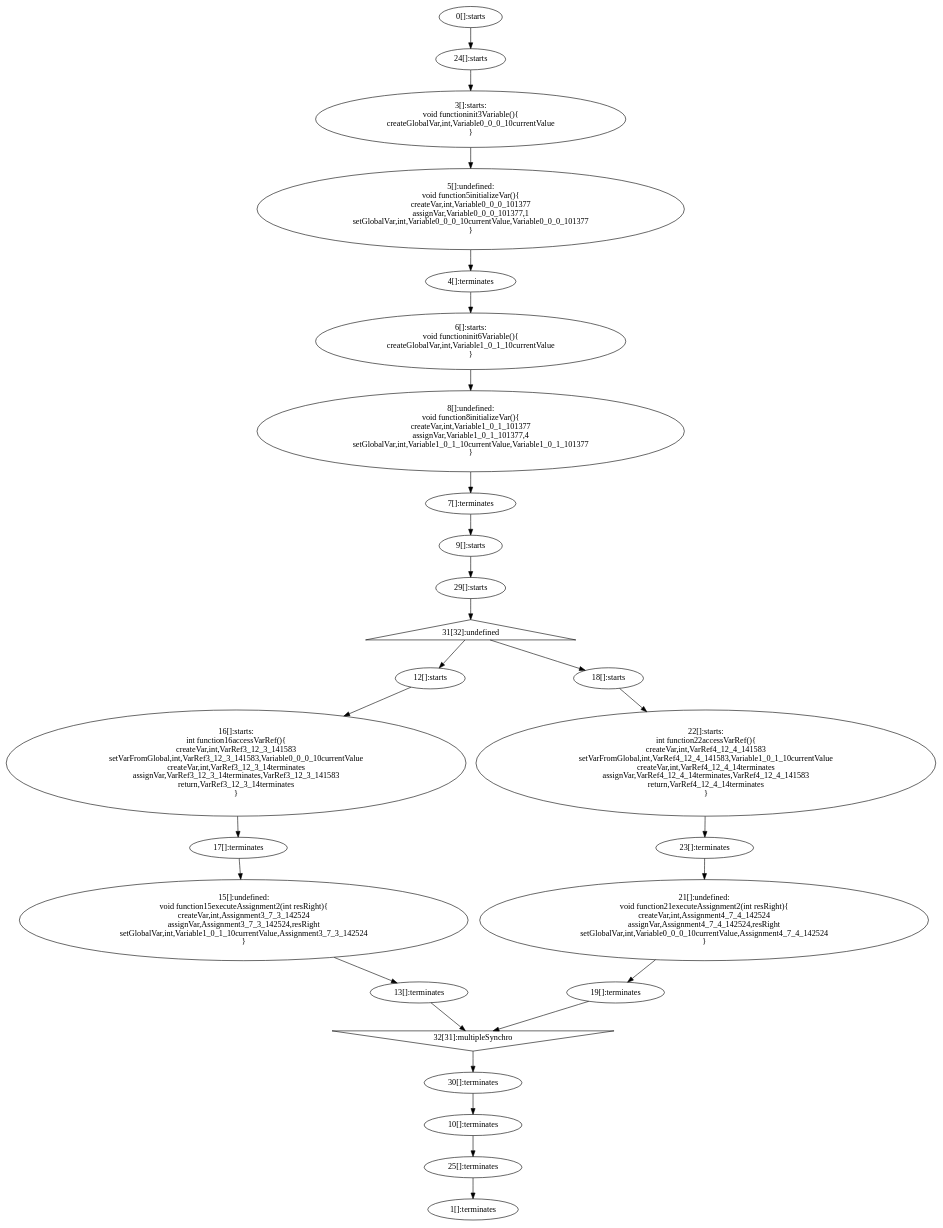
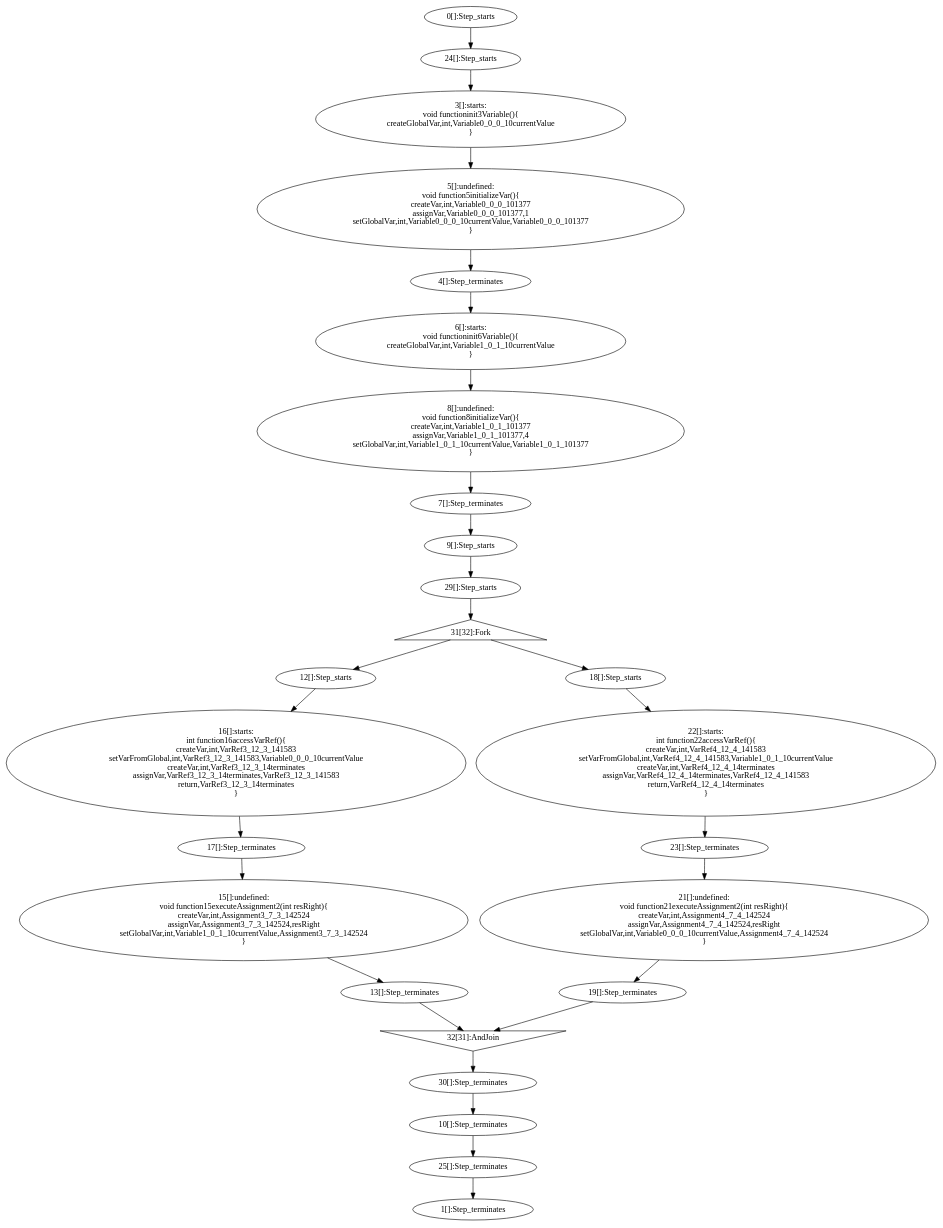
The diagram in examples/programs/generated/testSyncUID.dot (jdeantoni/TCOS.lang), drawn with Graphviz before and after one commit. The commit also changed 6 other files, not shown here.

```diff
--- a/examples/programs/generated/testSyncUID.dot
+++ b/examples/programs/generated/testSyncUID.dot
@@ -1,94 +1,94 @@
 digraph G {
-  "0" [label="0[]:starts" shape="ellipse" ];
-  "1" [label="1[]:terminates" shape="ellipse" ];
-  "24" [label="24[]:starts" shape="ellipse" ];
-  "25" [label="25[]:terminates" shape="ellipse" ];
+  "0" [label="0[]:Step_starts" shape="ellipse" ];
+  "1" [label="1[]:Step_terminates" shape="ellipse" ];
+  "24" [label="24[]:Step_starts" shape="ellipse" ];
+  "25" [label="25[]:Step_terminates" shape="ellipse" ];
   "3" [label="3[]:starts:
 void functioninit3Variable(){
 createGlobalVar,int,Variable0_0_0_10currentValue
 }" shape="ellipse" ];
-  "4" [label="4[]:terminates" shape="ellipse" ];
+  "4" [label="4[]:Step_terminates" shape="ellipse" ];
   "5" [label="5[]:undefined:
 void function5initializeVar(){
 createVar,int,Variable0_0_0_101377
 assignVar,Variable0_0_0_101377,1
 setGlobalVar,int,Variable0_0_0_10currentValue,Variable0_0_0_101377
 }" shape="ellipse" ];
   "6" [label="6[]:starts:
 void functioninit6Variable(){
 createGlobalVar,int,Variable1_0_1_10currentValue
 }" shape="ellipse" ];
-  "7" [label="7[]:terminates" shape="ellipse" ];
+  "7" [label="7[]:Step_terminates" shape="ellipse" ];
   "8" [label="8[]:undefined:
 void function8initializeVar(){
 createVar,int,Variable1_0_1_101377
 assignVar,Variable1_0_1_101377,4
 setGlobalVar,int,Variable1_0_1_10currentValue,Variable1_0_1_101377
 }" shape="ellipse" ];
-  "9" [label="9[]:starts" shape="ellipse" ];
-  "10" [label="10[]:terminates" shape="ellipse" ];
-  "29" [label="29[]:starts" shape="ellipse" ];
-  "30" [label="30[]:terminates" shape="ellipse" ];
-  "31" [label="31[32]:undefined" shape="triangle" ];
-  "32" [label="32[31]:multipleSynchro" shape="invtriangle" ];
-  "12" [label="12[]:starts" shape="ellipse" ];
-  "13" [label="13[]:terminates" shape="ellipse" ];
+  "9" [label="9[]:Step_starts" shape="ellipse" ];
+  "10" [label="10[]:Step_terminates" shape="ellipse" ];
+  "29" [label="29[]:Step_starts" shape="ellipse" ];
+  "30" [label="30[]:Step_terminates" shape="ellipse" ];
+  "31" [label="31[32]:Fork" shape="triangle" ];
+  "32" [label="32[31]:AndJoin" shape="invtriangle" ];
+  "12" [label="12[]:Step_starts" shape="ellipse" ];
+  "13" [label="13[]:Step_terminates" shape="ellipse" ];
   "15" [label="15[]:undefined:
 void function15executeAssignment2(int resRight){
 createVar,int,Assignment3_7_3_142524
 assignVar,Assignment3_7_3_142524,resRight
 setGlobalVar,int,Variable1_0_1_10currentValue,Assignment3_7_3_142524
 }" shape="ellipse" ];
-  "18" [label="18[]:starts" shape="ellipse" ];
-  "19" [label="19[]:terminates" shape="ellipse" ];
+  "18" [label="18[]:Step_starts" shape="ellipse" ];
+  "19" [label="19[]:Step_terminates" shape="ellipse" ];
   "21" [label="21[]:undefined:
 void function21executeAssignment2(int resRight){
 createVar,int,Assignment4_7_4_142524
 assignVar,Assignment4_7_4_142524,resRight
 setGlobalVar,int,Variable0_0_0_10currentValue,Assignment4_7_4_142524
 }" shape="ellipse" ];
   "16" [label="16[]:starts:
 int function16accessVarRef(){
 createVar,int,VarRef3_12_3_141583
 setVarFromGlobal,int,VarRef3_12_3_141583,Variable0_0_0_10currentValue
 createVar,int,VarRef3_12_3_14terminates
 assignVar,VarRef3_12_3_14terminates,VarRef3_12_3_141583
 return,VarRef3_12_3_14terminates
 }" shape="ellipse" ];
-  "17" [label="17[]:terminates" shape="ellipse" ];
+  "17" [label="17[]:Step_terminates" shape="ellipse" ];
   "22" [label="22[]:starts:
 int function22accessVarRef(){
 createVar,int,VarRef4_12_4_141583
 setVarFromGlobal,int,VarRef4_12_4_141583,Variable1_0_1_10currentValue
 createVar,int,VarRef4_12_4_14terminates
 assignVar,VarRef4_12_4_14terminates,VarRef4_12_4_141583
 return,VarRef4_12_4_14terminates
 }" shape="ellipse" ];
-  "23" [label="23[]:terminates" shape="ellipse" ];
+  "23" [label="23[]:Step_terminates" shape="ellipse" ];
   "0" -> "24" [label=""];
   "25" -> "1" [label=""];
   "24" -> "3" [label=""];
   "4" -> "6" [label=""];
   "7" -> "9" [label=""];
   "10" -> "25" [label=""];
   "3" -> "5" [label=""];
   "5" -> "4" [label=""];
   "6" -> "8" [label=""];
   "8" -> "7" [label=""];
   "9" -> "29" [label=""];
   "30" -> "10" [label=""];
   "29" -> "31" [label=""];
   "32" -> "30" [label=""];
   "31" -> "12" [label=""];
   "13" -> "32" [label=""];
   "31" -> "18" [label=""];
   "19" -> "32" [label=""];
   "12" -> "16" [label=""];
   "17" -> "15" [label=""];
   "15" -> "13" [label=""];
   "18" -> "22" [label=""];
   "23" -> "21" [label=""];
   "21" -> "19" [label=""];
   "16" -> "17" [label=""];
   "22" -> "23" [label=""];
 }
```
